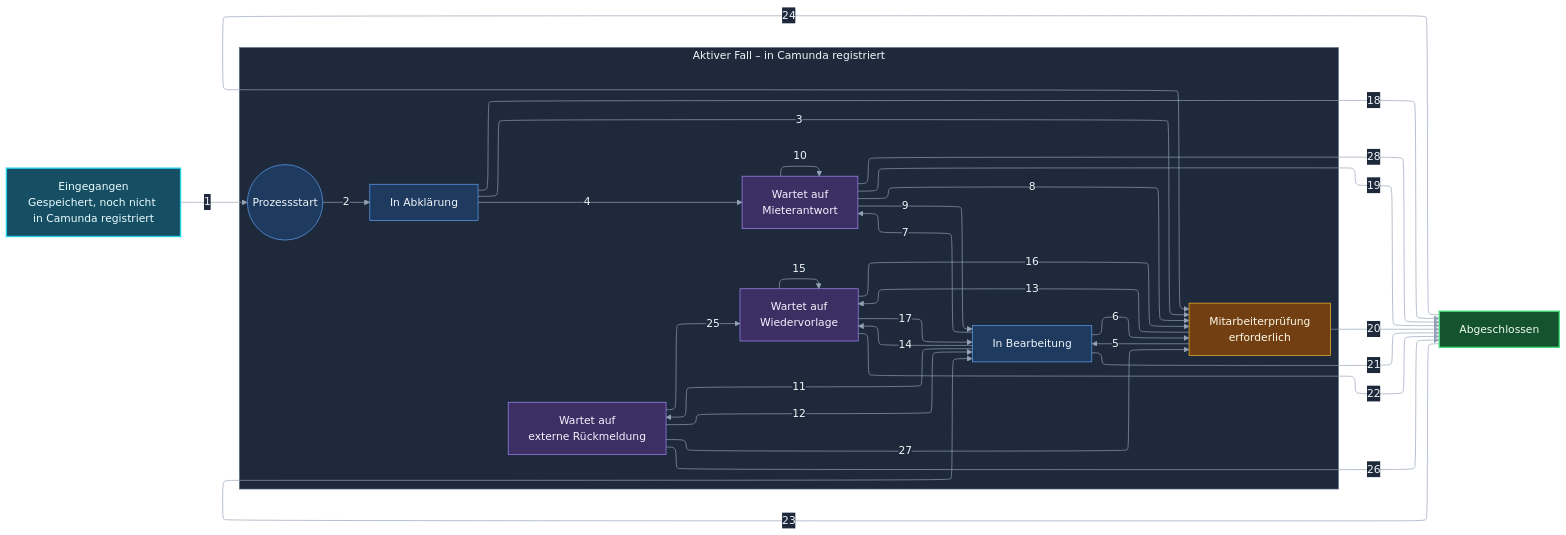
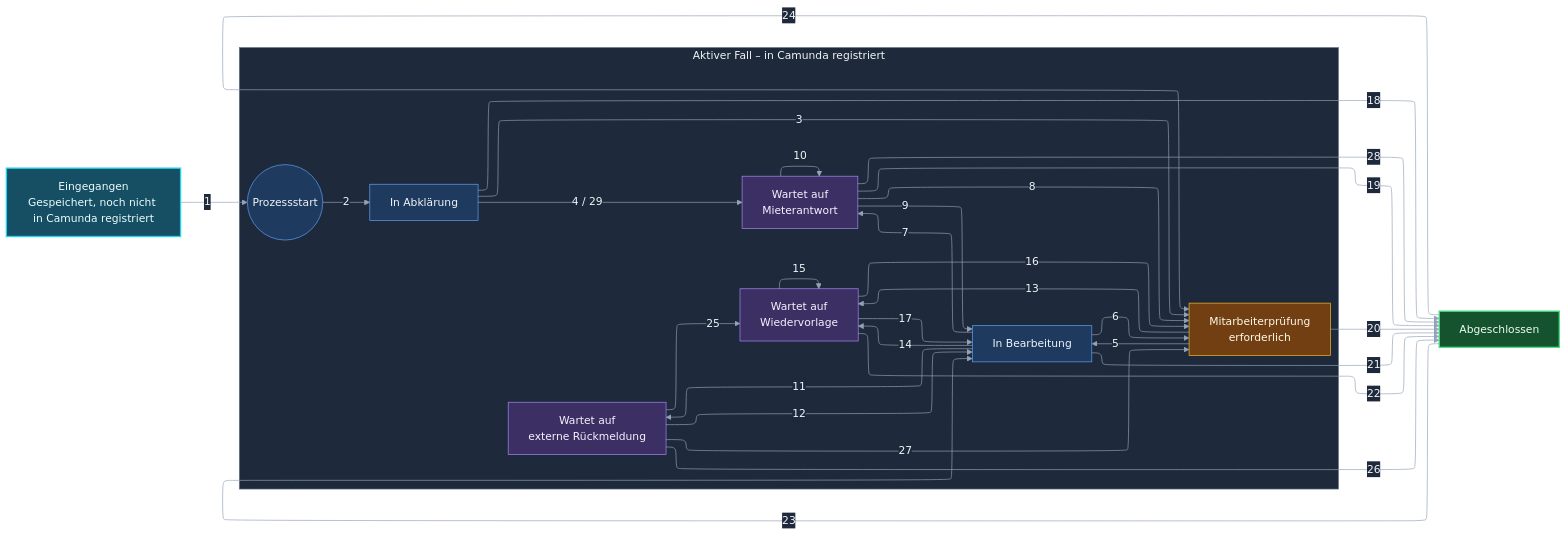
Before and after one commit to permarco/propertyflow: the diagram in docs/specifications/fallverwaltung.md, drawn with Mermaid. The commit also changed other lines of this file and 5 other files, not shown here.

````diff
--- a/docs/specifications/fallverwaltung.md
+++ b/docs/specifications/fallverwaltung.md
@@ -96,59 +96,59 @@
 ```mermaid
 %%{init: {"flowchart":{"curve":"basis","nodeSpacing":42,"rankSpacing":55},"layout":"elk","theme": "base", "themeVariables": {"darkMode": true, "background": "#0f172a", "primaryColor": "#1e3a5f", "primaryTextColor": "#f1f5f9", "primaryBorderColor": "#60a5fa", "lineColor": "#94a3b8", "textColor": "#f1f5f9", "edgeLabelBackground": "#1e293b", "clusterBkg": "#1e293b", "clusterBorder": "#64748b"}}}%%
 flowchart LR
     E["Eingegangen<br/>Gespeichert, noch nicht in Camunda registriert"]
     subgraph Aktiv["Aktiver Fall – in Camunda registriert"]
         direction LR
         Start(("Prozessstart"))
         A["In Abklärung"]
         M["Wartet auf<br/>Mieterantwort"]
         X["Wartet auf<br/>externe Rückmeldung"]
         W["Wartet auf<br/>Wiedervorlage"]
         B["In Bearbeitung"]
         P["Mitarbeiterprüfung<br/>erforderlich"]
     end
     Z["Abgeschlossen"]
     E -->|"1"| Start
     Start -->|"2"| A
-    A -->|"4"| M
+    A -->|"4 / 29"| M
     M -->|"9"| B
     W -->|"17"| B
     B -->|"6"| P
     A -->|"3"| P
     P -->|"5"| B
     B -->|"7"| M
     M -->|"8"| P
     M -->|"10"| M
     B -->|"11"| X
     X -->|"12"| B
     X -->|"25"| W
     X -->|"26"| Z
     X -->|"27"| P
     M -->|"28"| Z
     P -->|"13"| W
     B -->|"14"| W
     W -->|"15"| W
     W -->|"16"| P
     A -->|"18"| Z
     M -->|"19"| Z
     P -->|"20"| Z
     B -->|"21"| Z
     W -->|"22"| Z
     Z -->|"23"| B
     Z -->|"24"| P
     %% Unsichtbare Verbindungen richten die Wartezustände aus.
     A ~~~ X
     A ~~~ W
     X ~~~ B
     M ~~~ B
     W ~~~ B
     classDef processing fill:#1e3a5f,stroke:#60a5fa,color:#f1f5f9
     classDef waiting fill:#3b2f63,stroke:#a78bfa,color:#f5f3ff
     classDef review fill:#713f12,stroke:#fbbf24,color:#fffbeb
     class A,B,Start processing
     class M,X,W waiting
     class P review
     style E fill:#164e63,stroke:#22d3ee,color:#ecfeff,stroke-width:2px
     style Z fill:#14532d,stroke:#4ade80,color:#f0fdf4,stroke-width:2px
     style Aktiv fill:#1e293b,stroke:#64748b,color:#f1f5f9
 ```
````
